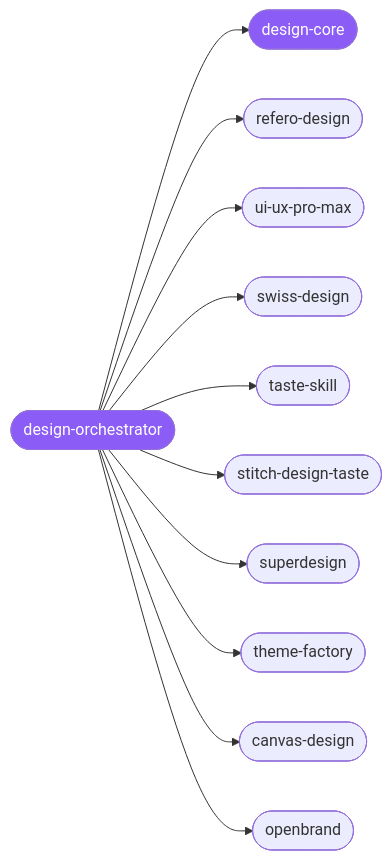
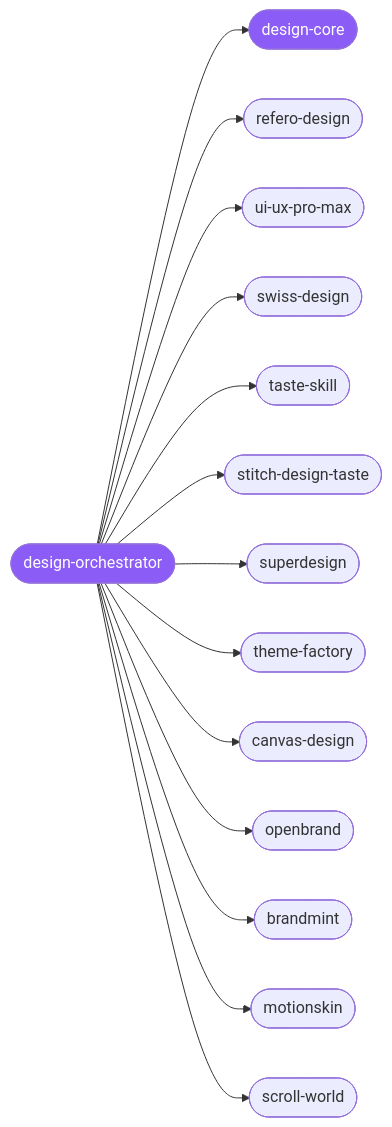
The diagram in clusters/design/README.md (Sheshiyer/skill-clusters), drawn with Mermaid before and after one commit. The commit also changed other lines of this file and 53 other files, not shown here.

````diff
--- a/clusters/design/README.md
+++ b/clusters/design/README.md
@@ -18,14 +18,17 @@
 ```mermaid
 graph LR
   o([design-orchestrator]):::hub --> c([design-core]):::hub
   o --> s1([refero-design])
   o --> s2([ui-ux-pro-max])
   o --> s3([swiss-design])
   o --> s4([taste-skill])
   o --> s5([stitch-design-taste])
   o --> s6([superdesign])
   o --> s7([theme-factory])
   o --> s8([canvas-design])
   o --> s9([openbrand])
+  o --> s10([brandmint])
+  o --> s11([motionskin])
+  o --> s12([scroll-world])
   classDef hub fill:#8b5cf6,color:#fff;
 ```
````
